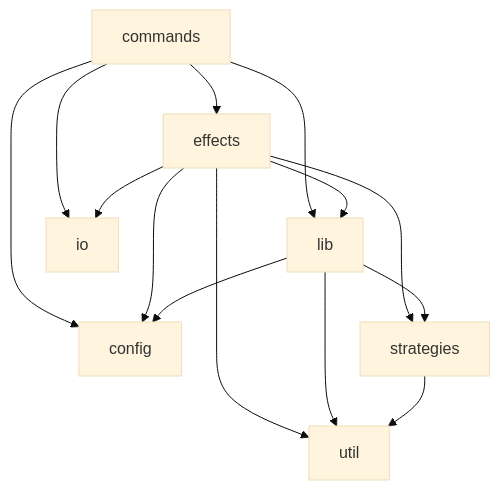
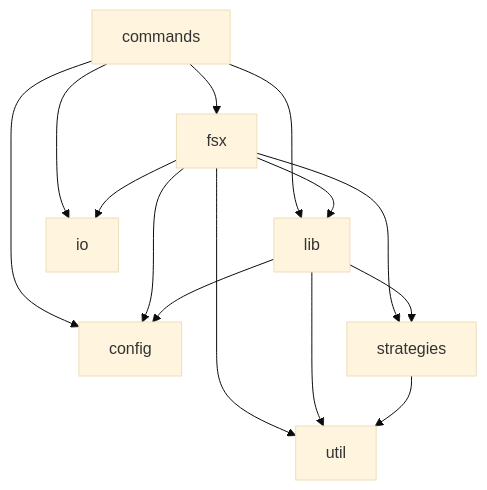
Before and after one commit to mattriley/node-module-indexgen: the diagram in README.md, drawn with Mermaid (base theme). The commit also changed 8 other files, not shown here.

````diff
--- a/README.md
+++ b/README.md
@@ -101,16 +101,16 @@
 ```mermaid
 graph TD;
-    commands-->effects;
+    commands-->fsx;
     commands-->lib;
     commands-->io;
     commands-->config;
-    effects-->lib;
-    effects-->config;
-    effects-->io;
-    effects-->util;
-    effects-->strategies;
+    fsx-->lib;
+    fsx-->config;
+    fsx-->io;
+    fsx-->util;
+    fsx-->strategies;
     lib-->strategies;
     lib-->util;
     lib-->config;
     strategies-->util;
 ```
````
